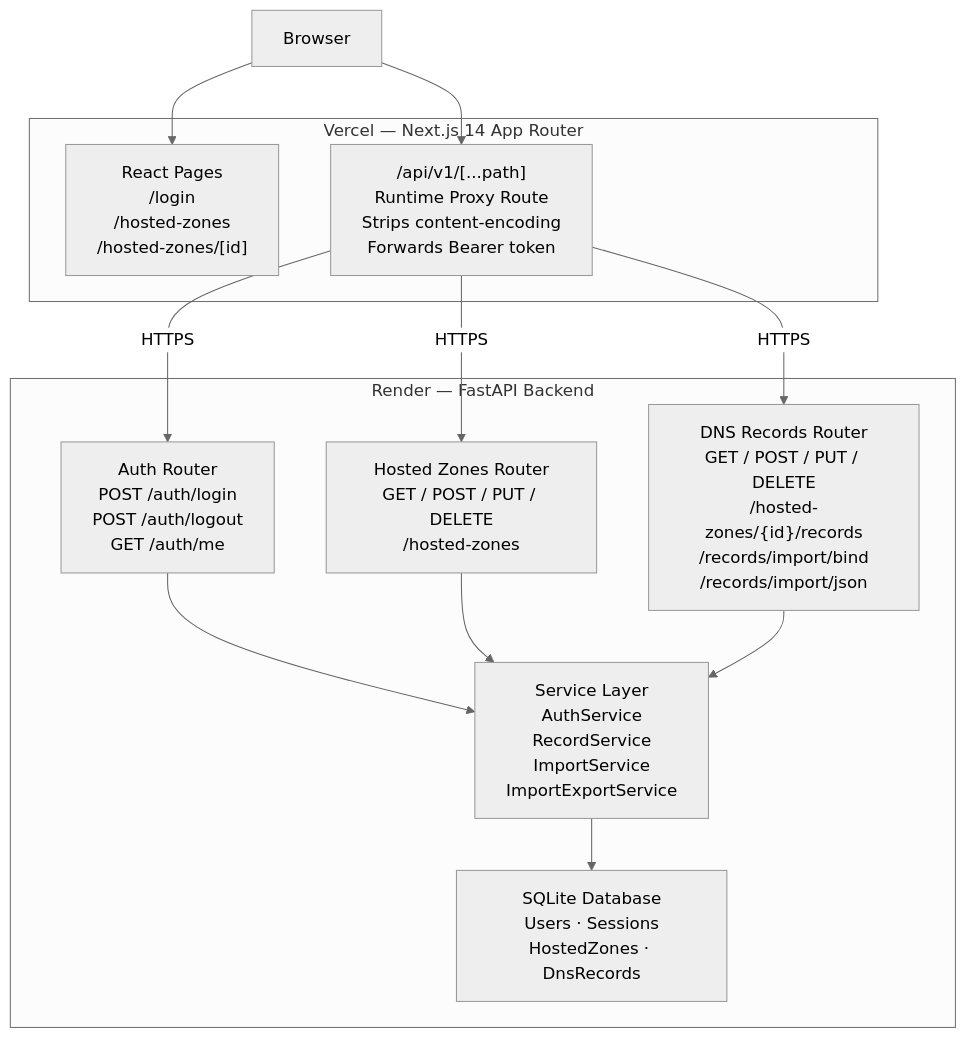
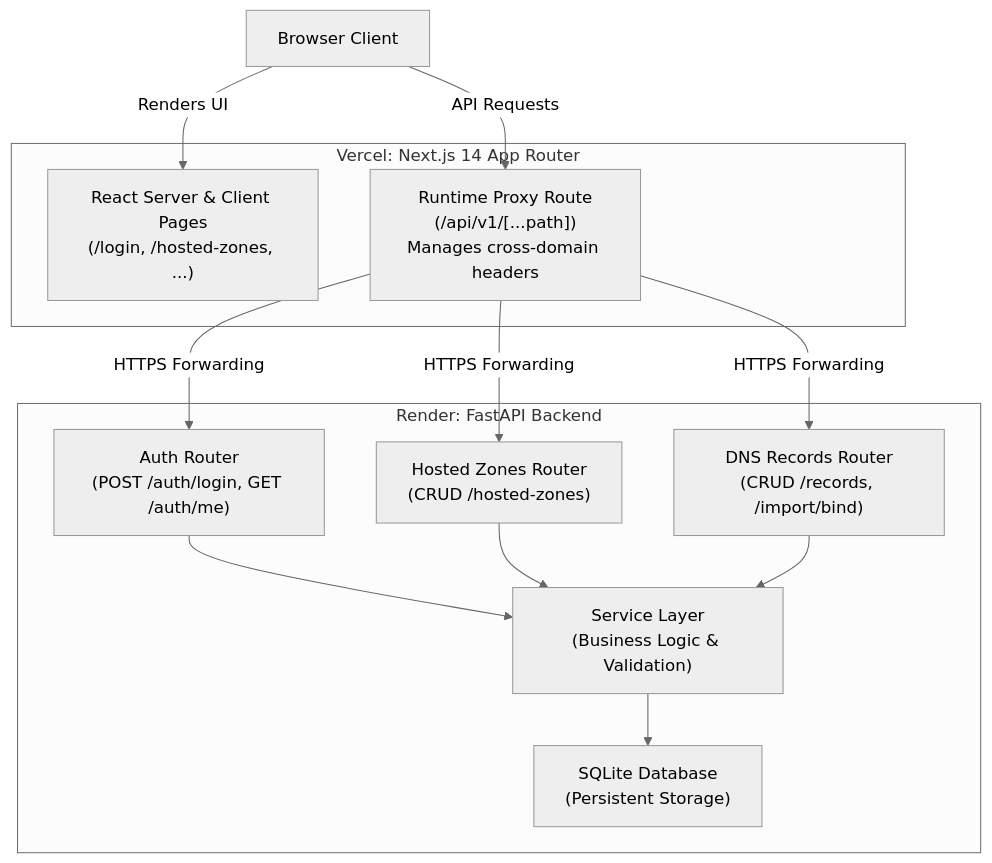
One commit to BugHunterX2101/AWS_Route53_Clone changed the first of 3 diagrams in README.md. Above: the diagram before and after it, drawn with Mermaid (neutral theme). The commit also changed other lines of this file and 4 other files, not shown here.

````diff
--- a/README.md
+++ b/README.md
@@ -42,27 +44,27 @@
 ```mermaid
 graph TD
-    Browser["Browser"]
+    Browser["Browser Client"]
 
-    subgraph Vercel ["Vercel — Next.js 14 App Router"]
-        Pages["React Pages\n/login\n/hosted-zones\n/hosted-zones/[id]"]
-        Proxy["/api/v1/[...path]\nRuntime Proxy Route\nStrips content-encoding\nForwards Bearer token"]
+    subgraph Vercel ["Vercel: Next.js 14 App Router"]
+        Pages["React Server & Client Pages\n(/login, /hosted-zones, ...)"]
+        Proxy["Runtime Proxy Route\n(/api/v1/[...path])\nManages cross-domain headers"]
     end
 
-    subgraph Render ["Render — FastAPI Backend"]
-        Auth["Auth Router\nPOST /auth/login\nPOST /auth/logout\nGET  /auth/me"]
-        Zones["Hosted Zones Router\nGET / POST / PUT / DELETE\n/hosted-zones"]
-        Records["DNS Records Router\nGET / POST / PUT / DELETE\n/hosted-zones/{id}/records\n/records/import/bind\n/records/import/json"]
-        Services["Service Layer\nAuthService\nRecordService\nImportService\nImportExportService"]
-        DB["SQLite Database\nUsers · Sessions\nHostedZones · DnsRecords"]
+    subgraph Render ["Render: FastAPI Backend"]
+        Auth["Auth Router\n(POST /auth/login, GET /auth/me)"]
+        Zones["Hosted Zones Router\n(CRUD /hosted-zones)"]
+        Records["DNS Records Router\n(CRUD /records, /import/bind)"]
+        Services["Service Layer\n(Business Logic & Validation)"]
+        DB["SQLite Database\n(Persistent Storage)"]
     end
 
-    Browser --> Pages
-    Browser --> Proxy
-    Proxy -->|"HTTPS"| Auth
-    Proxy -->|"HTTPS"| Zones
-    Proxy -->|"HTTPS"| Records
+    Browser -->|Renders UI| Pages
+    Browser -->|API Requests| Proxy
+    Proxy -->|"HTTPS Forwarding"| Auth
+    Proxy -->|"HTTPS Forwarding"| Zones
+    Proxy -->|"HTTPS Forwarding"| Records
     Auth --> Services
     Zones --> Services
     Records --> Services
     Services --> DB
 ```
````
